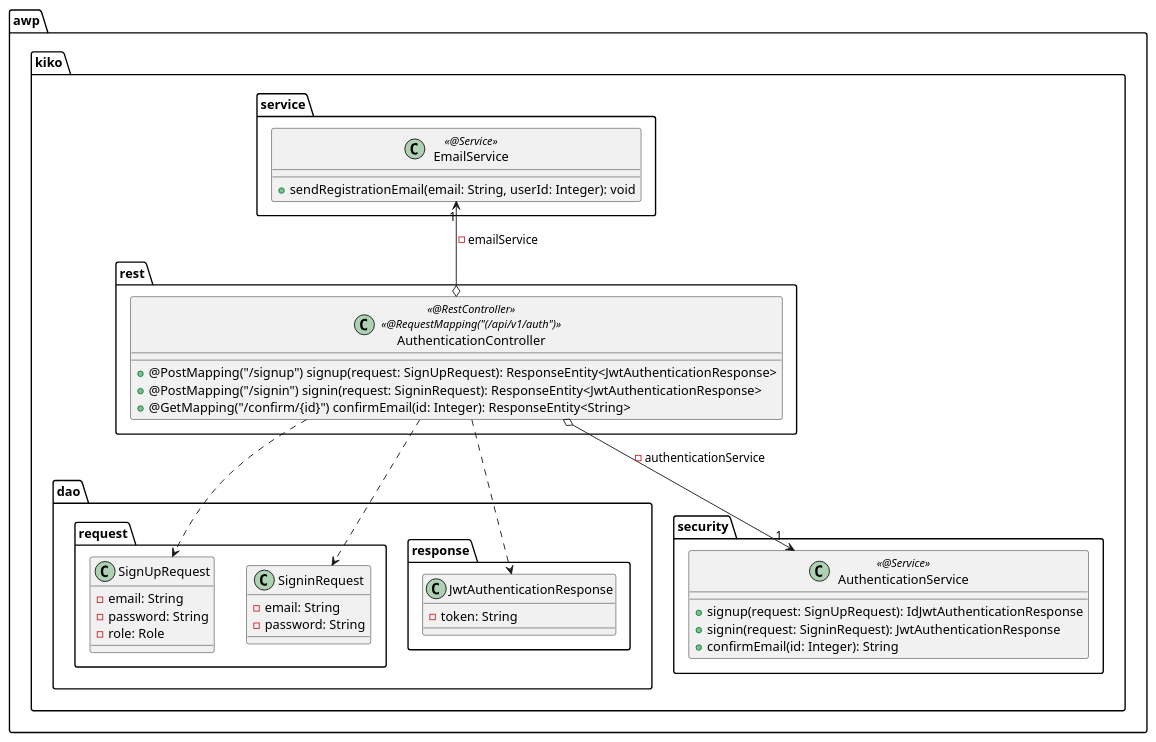
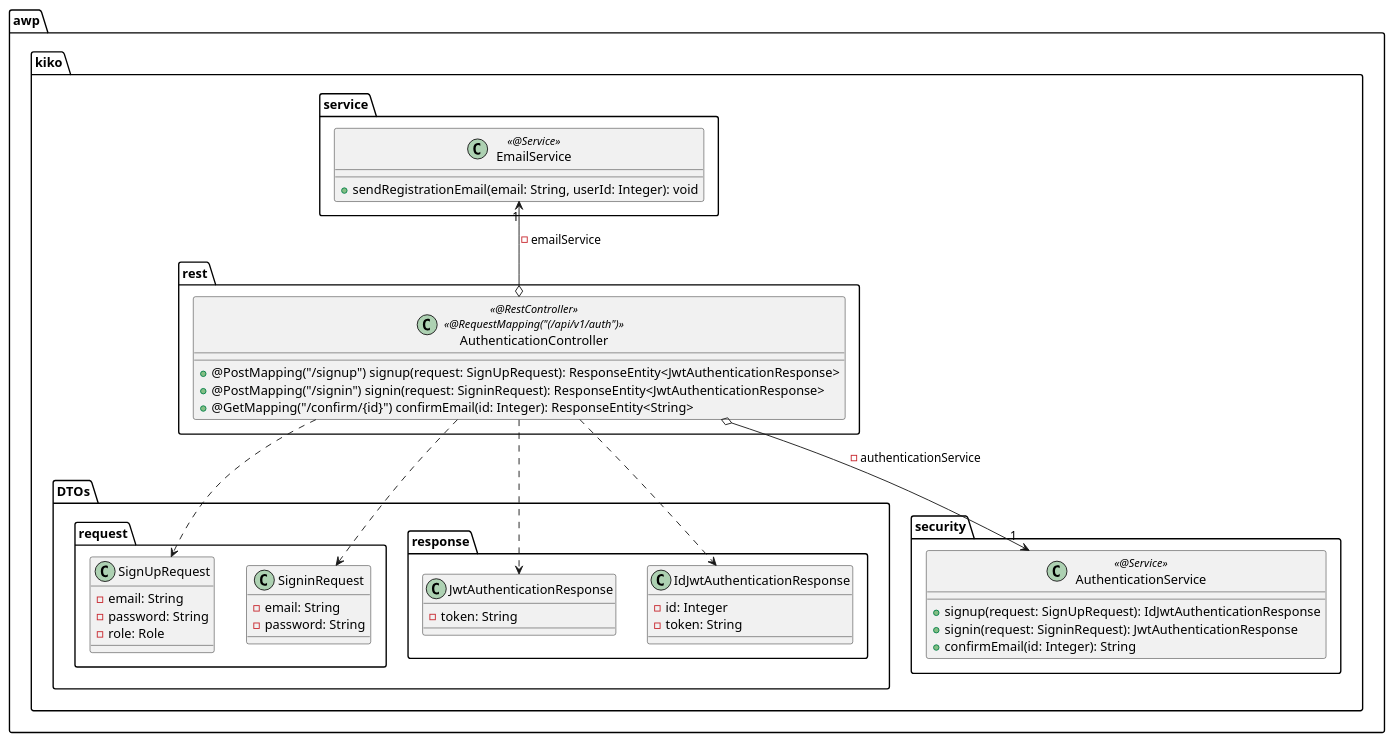
One commit to GoldHeartsRE/kiko changed the diagram in backend/.extras/doc/AuthenticationController.plantuml. Above: the diagram before and after it, drawn with PlantUML. The commit also changed 5 other files, not shown here.

Commit message:
neue Klassendiagramme erstellt und vorhandene aktualisiert

```diff
--- a/backend/.extras/doc/AuthenticationController.plantuml
+++ b/backend/.extras/doc/AuthenticationController.plantuml
@@ -1,50 +1,56 @@
 @startuml AuthenticationController
 
 package awp.kiko.rest {
     class AuthenticationController <<@RestController>> <<@RequestMapping("(/api/v1/auth")>> {
         + @PostMapping("/signup") signup(request: SignUpRequest): ResponseEntity<JwtAuthenticationResponse>
         + @PostMapping("/signin") signin(request: SigninRequest): ResponseEntity<JwtAuthenticationResponse>
         + @GetMapping("/confirm/{id}") confirmEmail(id: Integer): ResponseEntity<String>
     }
 }
 
-package awp.kiko.dao.request {
+package awp.kiko.DTOs.request {
     class SignUpRequest {
         - email: String
         - password: String
         - role: Role
     }
 
     class SigninRequest {
         - email: String
         - password: String
     }
 }
 
-package awp.kiko.dao.response {
+package awp.kiko.DTOs.response {
     class JwtAuthenticationResponse {
+        - token: String
+    }
+
+    class IdJwtAuthenticationResponse {
+        - id: Integer
         - token: String
     }
 }
 
 package awp.kiko.security {
     class AuthenticationService <<@Service>> {
         + signup(request: SignUpRequest): IdJwtAuthenticationResponse
         + signin(request: SigninRequest): JwtAuthenticationResponse
         + confirmEmail(id: Integer): String
     }
 }
 
 package awp.kiko.service {
     class EmailService <<@Service>> {
         + sendRegistrationEmail(email: String, userId: Integer): void
     }
 }
 
 AuthenticationController o-down-> "1" AuthenticationService: - authenticationService
 AuthenticationController o-up-> "1" EmailService: - emailService
 AuthenticationController ..> SignUpRequest
 AuthenticationController ..> SigninRequest
 AuthenticationController ..> JwtAuthenticationResponse
+AuthenticationController ..> IdJwtAuthenticationResponse
 
 @enduml
```
